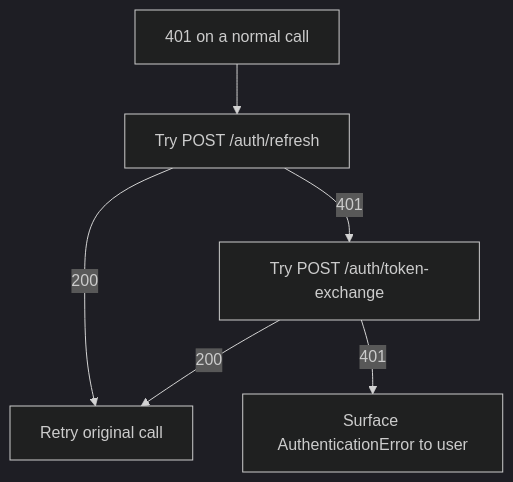
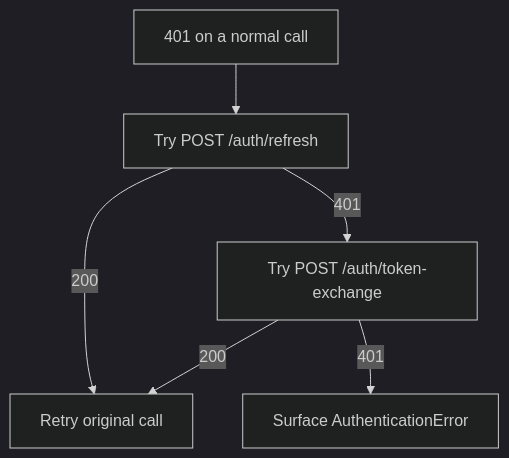
The diagram in api-reference/auth/refresh.mdx (metacoglabs/docs), drawn with Mermaid (dark theme) before and after one commit. The commit also changed other lines of this file and 44 other files, not shown here.

````diff
--- a/api-reference/auth/refresh.mdx
+++ b/api-reference/auth/refresh.mdx
@@ -63,8 +79,8 @@
 ```mermaid
 flowchart TD
     A[401 on a normal call] --> B[Try POST /auth/refresh]
     B -->|200| C[Retry original call]
     B -->|401| D[Try POST /auth/token-exchange]
     D -->|200| C
-    D -->|401| E[Surface AuthenticationError to user]
+    D -->|401| E[Surface AuthenticationError]
 ```
````
